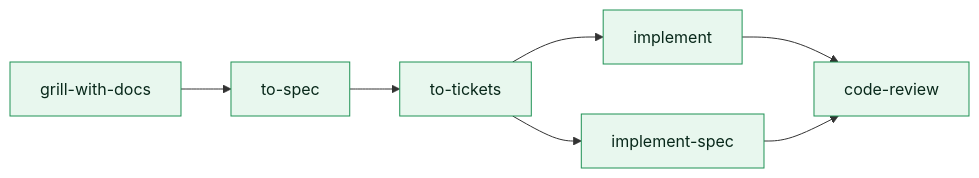
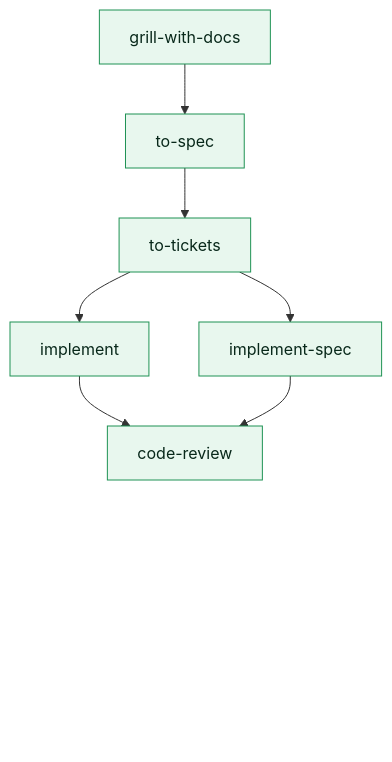
Before and after one commit to lindoo67/orchestra-auto: the first of 2 diagrams in README.md, drawn with Mermaid. The commit also changed other lines of this file and 1 other file, not shown here.

Commit message:
Switch README flowcharts to top-to-bottom layout
- Change both Mermaid diagrams from LR to TB so the step chain reads
  vertically instead of stretching wide.
- Add invisible spacer nodes to keep the merged branches aligned in the
  English and Chinese READMEs.

````diff
--- a/README.md
+++ b/README.md
@@ -36,9 +36,14 @@
 ```mermaid
-flowchart LR
-  G[grill-with-docs] --> S[to-spec] --> T[to-tickets] --> I[implement]
+flowchart TB
+  G[grill-with-docs] --> S[to-spec] --> T[to-tickets]
+  T --> I[implement]
   T --> IS[implement-spec]
   I --> CR[code-review]
   IS --> CR
+  CR --> SP["<br/><br/><br/><br/><br/><br/><br/><br/>"]
   classDef matt fill:#e8f7ee,stroke:#1f9254,color:#08281a
   class G,S,T,I,IS,CR matt
+  classDef gap fill:none,stroke:none,color:transparent
+  class SP gap
+  linkStyle 6 stroke:none,fill:none
 ```
````
